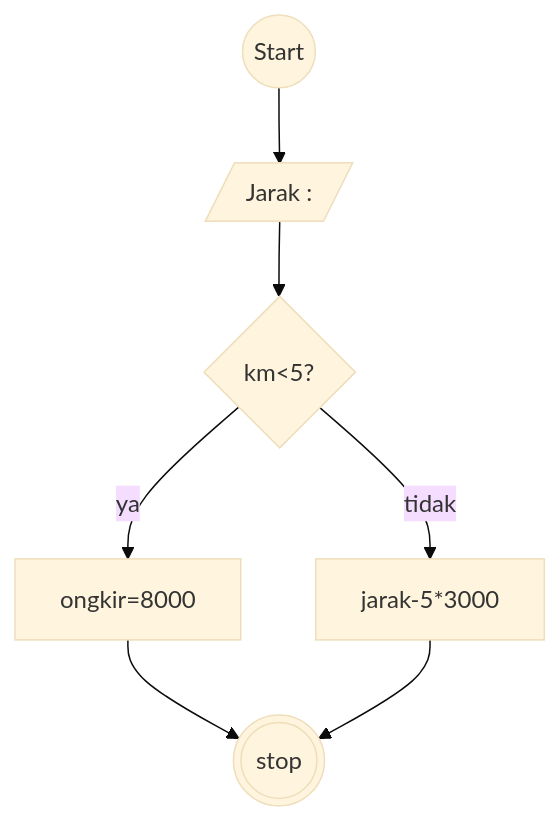
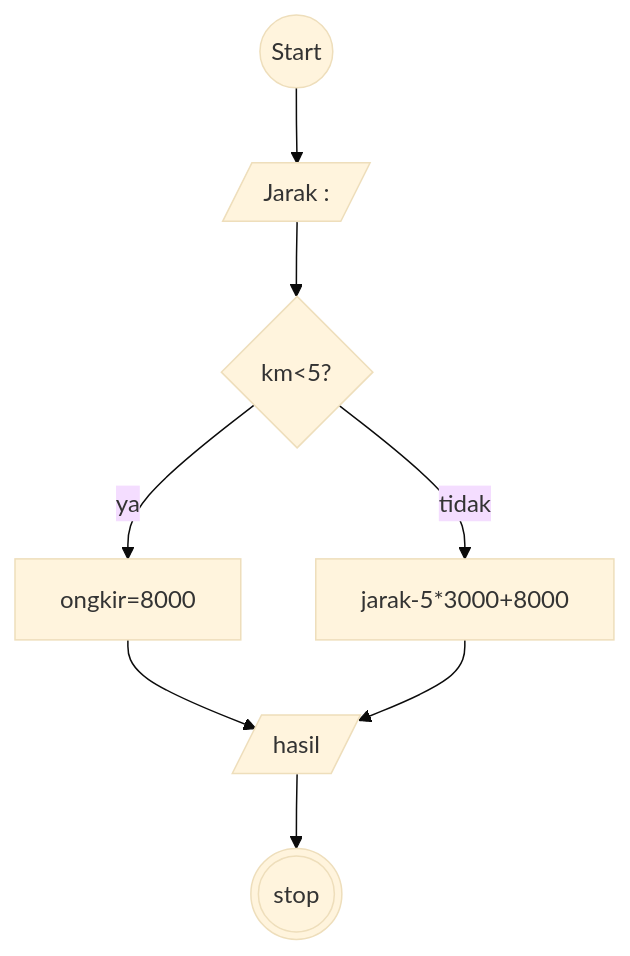
The diagram in minitask8.md (hilmy07/koda-b4-algoritma), drawn with Mermaid (base theme) before and after one commit.

````diff
--- a/minitask8.md
+++ b/minitask8.md
@@ -3,12 +3,12 @@
 ```mermaid
 flowchart TD;
 
 strt((Start))-->km[/Jarak : /]
 km-->dcs{km<5?};
-dcs--ya-->okr1[ongkir=8000];
-dcs--tidak-->hsl[jarak-5*3000];
-okr1-->stp(((stop)));
-hsl-->stp(((stop)));
-
+dcs--ya-->hsl1[ongkir=8000];
+dcs--tidak-->hsl2[jarak-5*3000+8000];
+hsl1-->total[/hasil/];
+hsl2-->total[/hasil/];
+total[/hasil/]-->stp(((stop)));
 
 ```
````
